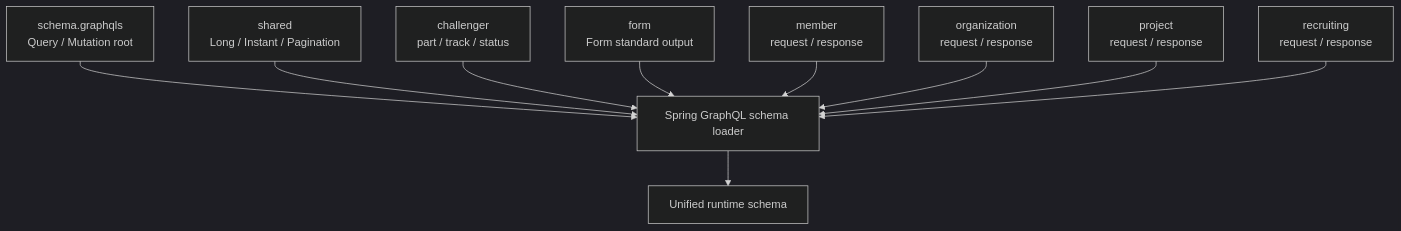
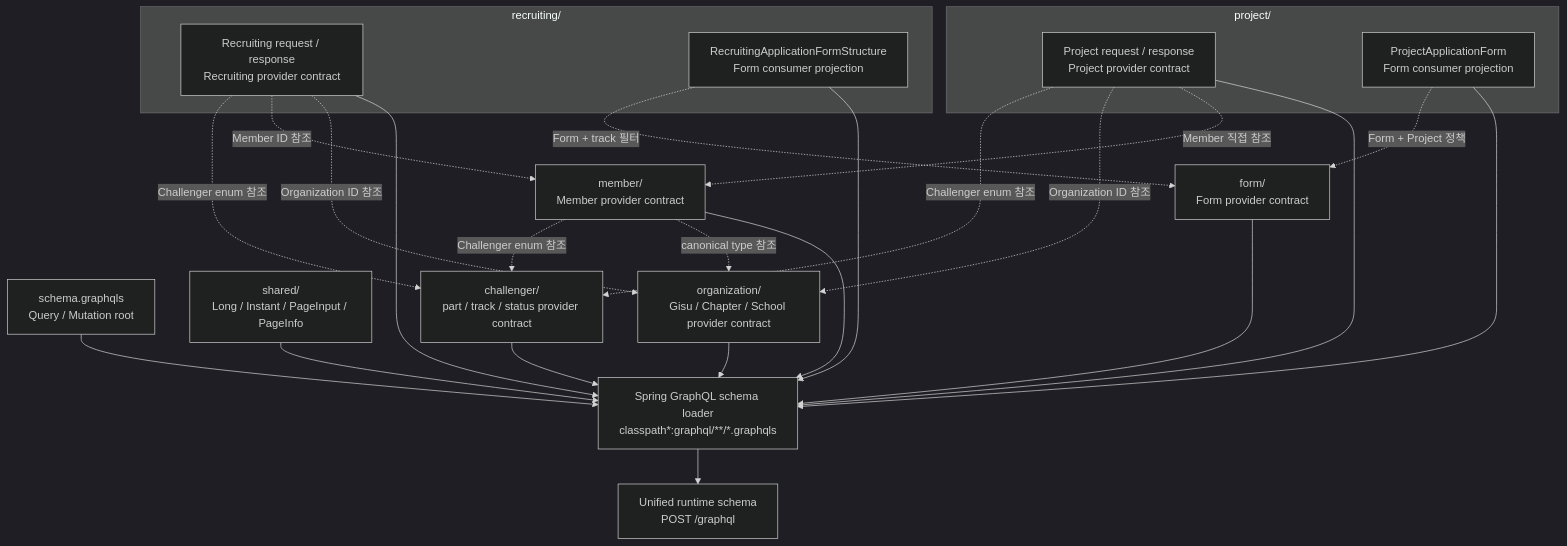
The first of 4 diagrams in docs/onboarding/graphql/schema-relationships.md (UMC-PRODUCT/cygnus-server), drawn with Mermaid (dark theme) before and after one commit. The commit also changed other lines of this file, not shown here.

Commit message:
docs: GraphQL schema 구성도 추가

````diff
--- a/docs/onboarding/graphql/schema-relationships.md
+++ b/docs/onboarding/graphql/schema-relationships.md
@@ -8,12 +8,42 @@
 ```mermaid
 flowchart TB
-  Root["schema.graphqls<br/>Query / Mutation root"] --> Loader["Spring GraphQL schema loader"]
-  Shared["shared<br/>Long / Instant / Pagination"] --> Loader
-  Challenger["challenger<br/>part / track / status"] --> Loader
-  Form["form<br/>Form standard output"] --> Loader
-  Member["member<br/>request / response"] --> Loader
-  Organization["organization<br/>request / response"] --> Loader
-  Project["project<br/>request / response"] --> Loader
-  Recruiting["recruiting<br/>request / response"] --> Loader
-  Loader --> Schema["Unified runtime schema"]
+  Root["schema.graphqls<br/>Query / Mutation root"]
+  Shared["shared/<br/>Long / Instant / PageInput / PageInfo"]
+  Challenger["challenger/<br/>part / track / status provider contract"]
+  Form["form/<br/>Form provider contract"]
+  Organization["organization/<br/>Gisu / Chapter / School provider contract"]
+  Member["member/<br/>Member provider contract"]
+
+  subgraph ProjectIdl["project/"]
+    Project["Project request / response<br/>Project provider contract"]
+    ProjectForm["ProjectApplicationForm<br/>Form consumer projection"]
+  end
+
+  subgraph RecruitingIdl["recruiting/"]
+    Recruiting["Recruiting request / response<br/>Recruiting provider contract"]
+    RecruitingForm["RecruitingApplicationFormStructure<br/>Form consumer projection"]
+  end
+
+  Root --> Loader["Spring GraphQL schema loader<br/>classpath*:graphql/**/*.graphqls"]
+  Shared --> Loader
+  Challenger --> Loader
+  Form --> Loader
+  Organization --> Loader
+  Member --> Loader
+  Project --> Loader
+  ProjectForm --> Loader
+  Recruiting --> Loader
+  RecruitingForm --> Loader
+  Loader --> Schema["Unified runtime schema<br/>POST /graphql"]
+
+  Member -. "canonical type 참조" .-> Organization
+  Member -. "Challenger enum 참조" .-> Challenger
+  Project -. "Member 직접 참조" .-> Member
+  Project -. "Organization ID 참조" .-> Organization
+  Project -. "Challenger enum 참조" .-> Challenger
+  ProjectForm -. "Form + Project 정책" .-> Form
+  Recruiting -. "Organization ID 참조" .-> Organization
+  Recruiting -. "Member ID 참조" .-> Member
+  Recruiting -. "Challenger enum 참조" .-> Challenger
+  RecruitingForm -. "Form + track 필터" .-> Form
 ```
````
